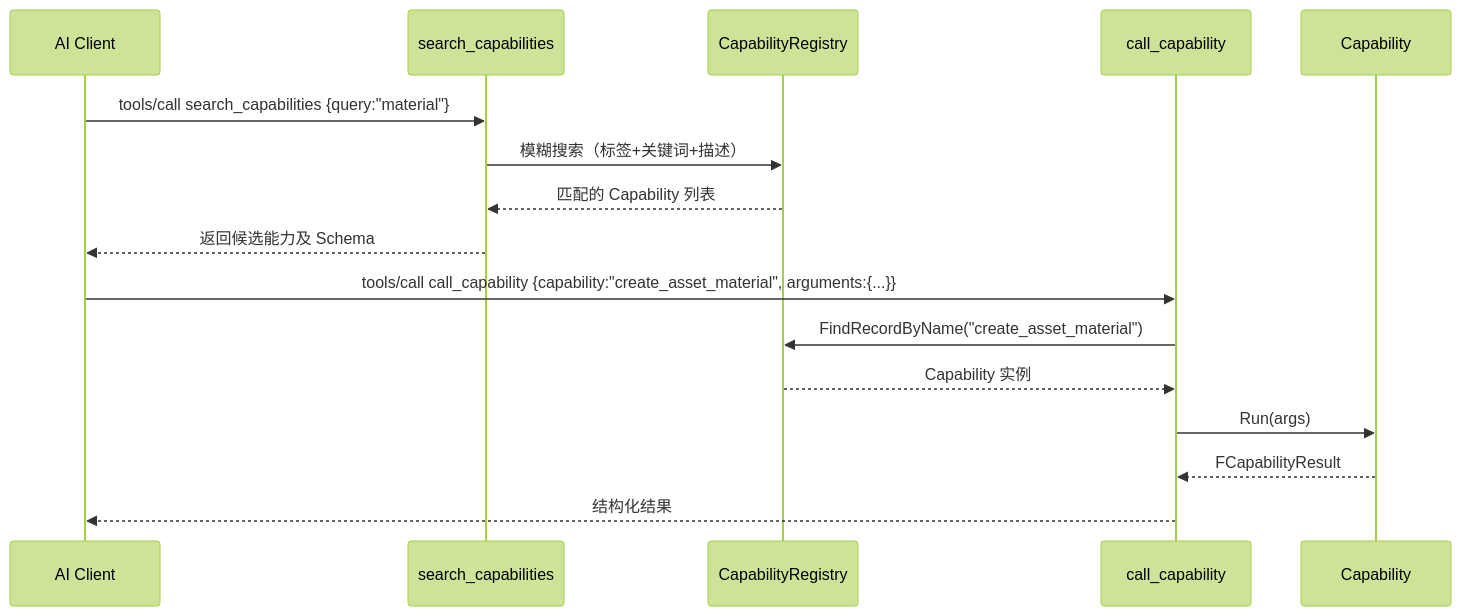
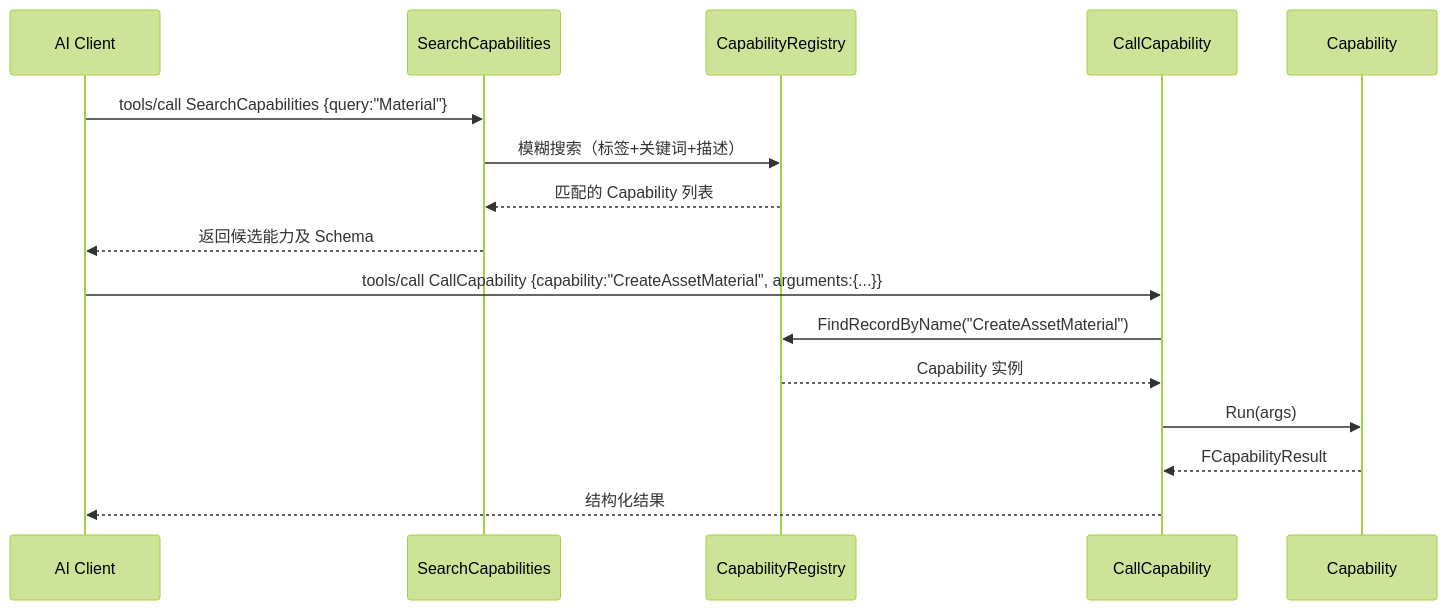
One commit to bytepine/NexusLink changed the fourth of 6 diagrams in docs/architecture.md. Above: the diagram before and after it, drawn with Mermaid (forest theme). The commit also changed other lines of this file and 556 other files, not shown here.

````diff
--- a/docs/architecture.md
+++ b/docs/architecture.md
@@ -111,20 +111,20 @@
 ```mermaid
 sequenceDiagram
     participant AI as AI Client
-    participant Tool as search_capabilities
+    participant Tool as SearchCapabilities
     participant Reg as CapabilityRegistry
-    participant Call as call_capability
+    participant Call as CallCapability
     participant Cap as Capability
 
-    AI->>Tool: tools/call search_capabilities {query:"material"}
+    AI->>Tool: tools/call SearchCapabilities {query:"Material"}
     Tool->>Reg: 模糊搜索（标签+关键词+描述）
     Reg-->>Tool: 匹配的 Capability 列表
     Tool-->>AI: 返回候选能力及 Schema
 
-    AI->>Call: tools/call call_capability {capability:"create_asset_material", arguments:{...}}
-    Call->>Reg: FindRecordByName("create_asset_material")
+    AI->>Call: tools/call CallCapability {capability:"CreateAssetMaterial", arguments:{...}}
+    Call->>Reg: FindRecordByName("CreateAssetMaterial")
     Reg-->>Call: Capability 实例
     Call->>Cap: Run(args)
     Cap-->>Call: FCapabilityResult
     Call-->>AI: 结构化结果
 ```
````
